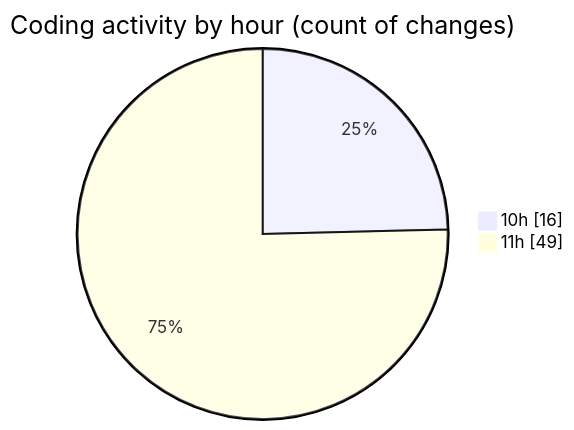
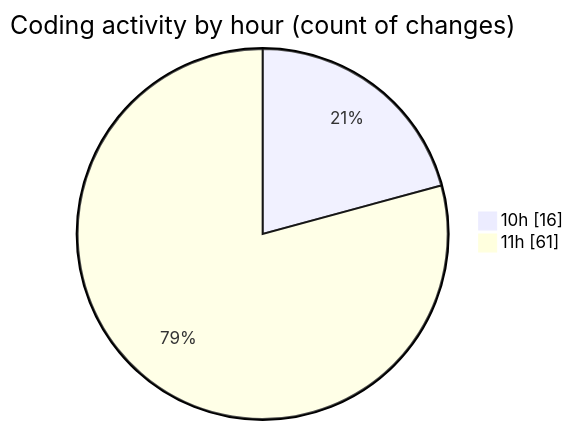
One commit to momahboobian/code-tracking changed the second of 2 diagrams in 2026-07-23/cda/README.md. Above: the diagram before and after it, drawn with Mermaid. The commit also changed other lines of this file and 1 other file, not shown here.

````diff
--- a/2026-07-23/cda/README.md
+++ b/2026-07-23/cda/README.md
@@ -37,6 +46,6 @@
 ```mermaid
 pie showData
 title Coding activity by hour (count of changes)
 "10h" : 16
-"11h" : 49
+"11h" : 61
 ```
````
